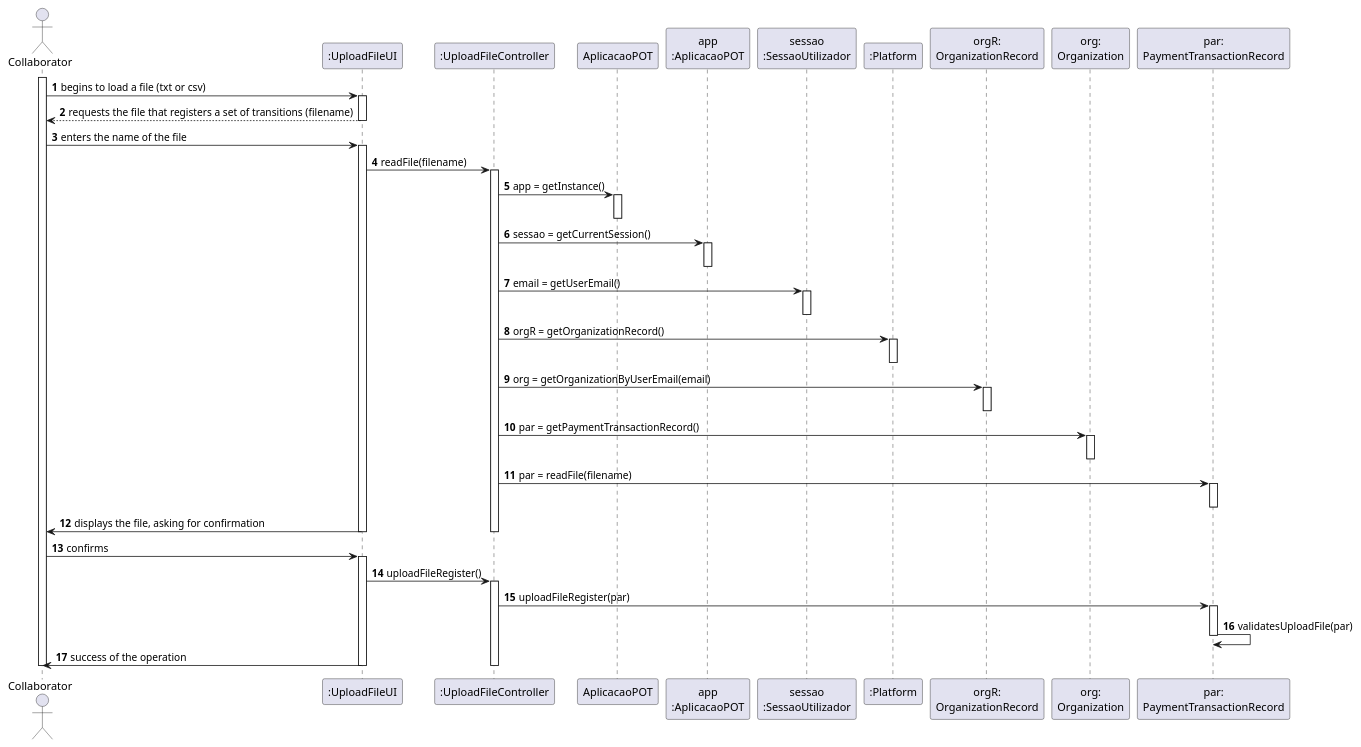
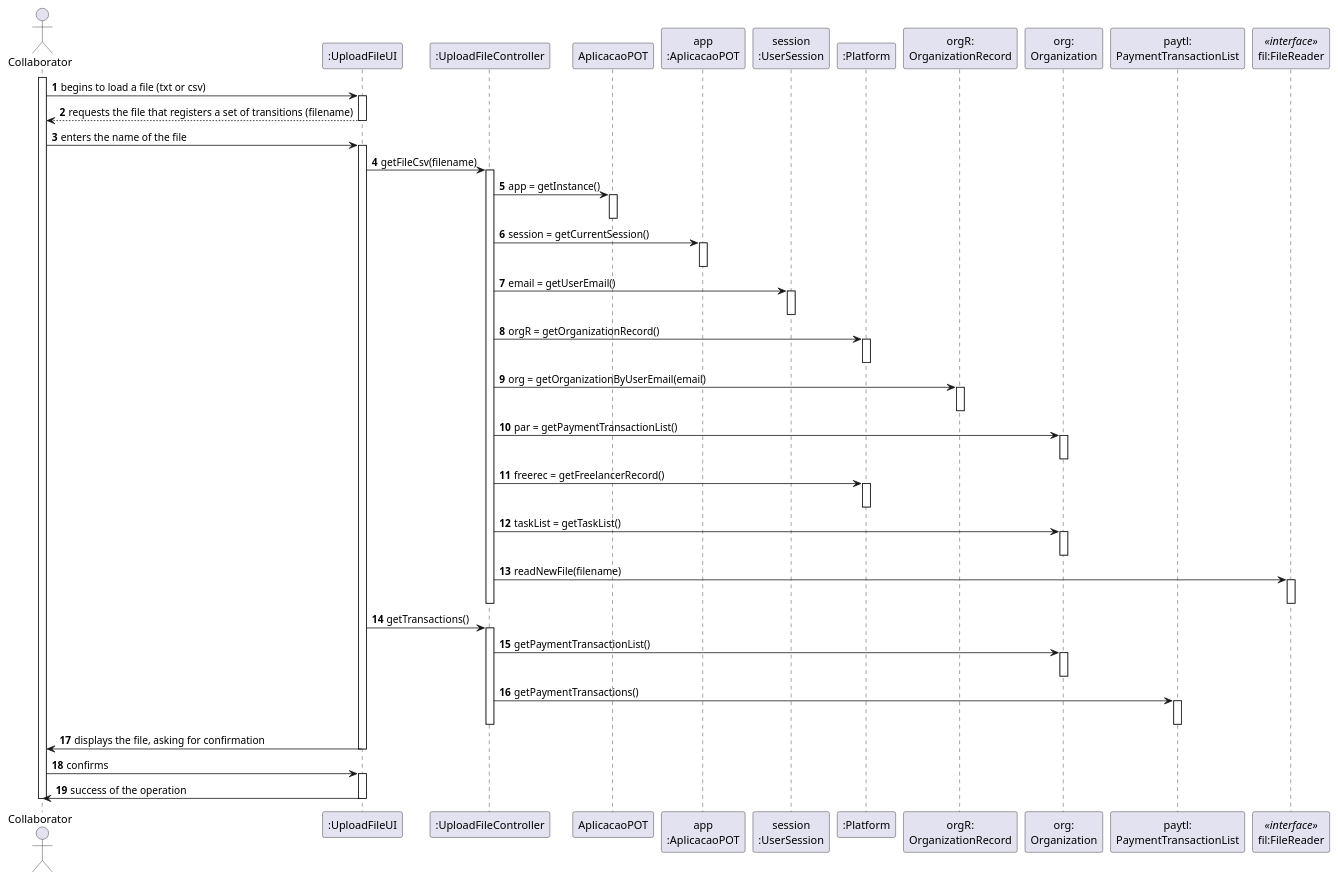
The diagram in docs/UC4 - Upload File/UC4_SD.puml (pedrolemos4/LAPR2), drawn with PlantUML before and after one commit. The commit also changed 6 other files, not shown here.

```diff
--- a/docs/UC4 - Upload File/UC4_SD.puml
+++ b/docs/UC4 - Upload File/UC4_SD.puml
@@ -1,80 +1,91 @@
 @startuml
 autonumber
 
 actor "Collaborator" as CO
 participant ":UploadFileUI" as UI
 participant ":UploadFileController" as CTRL
 participant "AplicacaoPOT" as _APP
 participant "app\n:AplicacaoPOT" as APP
-participant "sessao\n:SessaoUtilizador" as SESSAO
+participant "session\n:UserSession" as SESSION
 participant ":Platform" as PLAT
 participant "orgR:\nOrganizationRecord" as ORGR
 participant "org:\nOrganization" as ORG
-participant "par:\nPaymentTransactionRecord" as PAR
+participant "paytl:\nPaymentTransactionList" as PAYTL
+participant "fil:FileReader" as FIL <<interface>>
 
 activate CO
 CO -> UI : begins to load a file (txt or csv)
 activate UI
 
 UI --> CO : requests the file that registers a set of transitions (filename)
 deactivate UI
 
 CO -> UI : enters the name of the file
 activate UI
 
-UI -> CTRL : readFile(filename)
+UI -> CTRL : getFileCsv(filename)
 activate CTRL
 
 CTRL -> _APP: app = getInstance()
 activate _APP
 deactivate _APP
 
-CTRL -> APP: sessao = getCurrentSession()
+CTRL -> APP: session = getCurrentSession()
 activate APP
 deactivate APP
 
-CTRL -> SESSAO: email = getUserEmail()
-activate SESSAO
-deactivate SESSAO
+CTRL -> SESSION: email = getUserEmail()
+activate SESSION
+deactivate SESSION
 
 CTRL -> PLAT: orgR = getOrganizationRecord()
 activate PLAT
 deactivate PLAT
 
 CTRL -> ORGR: org = getOrganizationByUserEmail(email)
 activate ORGR
 deactivate ORGR
 
-CTRL -> ORG: par = getPaymentTransactionRecord()
+CTRL -> ORG: par = getPaymentTransactionList()
 activate ORG
 deactivate ORG
 
-CTRL -> PAR: par = readFile(filename)
-activate PAR
-deactivate PAR
+CTRL -> PLAT : freerec = getFreelancerRecord()
+activate PLAT
+deactivate PLAT
+
+CTRL -> ORG : taskList = getTaskList()
+activate ORG
+deactivate ORG
 
 
+CTRL -> FIL: readNewFile(filename)
+activate FIL
+deactivate FIL
+deactivate CTRL
+
+UI -> CTRL: getTransactions()
+activate CTRL
+CTRL -> ORG: getPaymentTransactionList()
+activate ORG
+deactivate ORG
+CTRL -> PAYTL: getPaymentTransactions()
+activate PAYTL
+deactivate PAYTL
+deactivate CTRL
 
 UI -> CO : displays the file, asking for confirmation
 deactivate CTRL
 deactivate UI
 
 CO -> UI : confirms
 activate UI
 
-UI -> CTRL : uploadFileRegister()
-activate CTRL
-
-CTRL -> PAR : uploadFileRegister(par)
-activate PAR 
-
-PAR -> PAR : validatesUploadFile(par)
-deactivate PAR
 
 UI -> CO : success of the operation
 deactivate ORG
 deactivate CTRL
 deactivate UI
 deactivate CO
 
 @enduml
```
